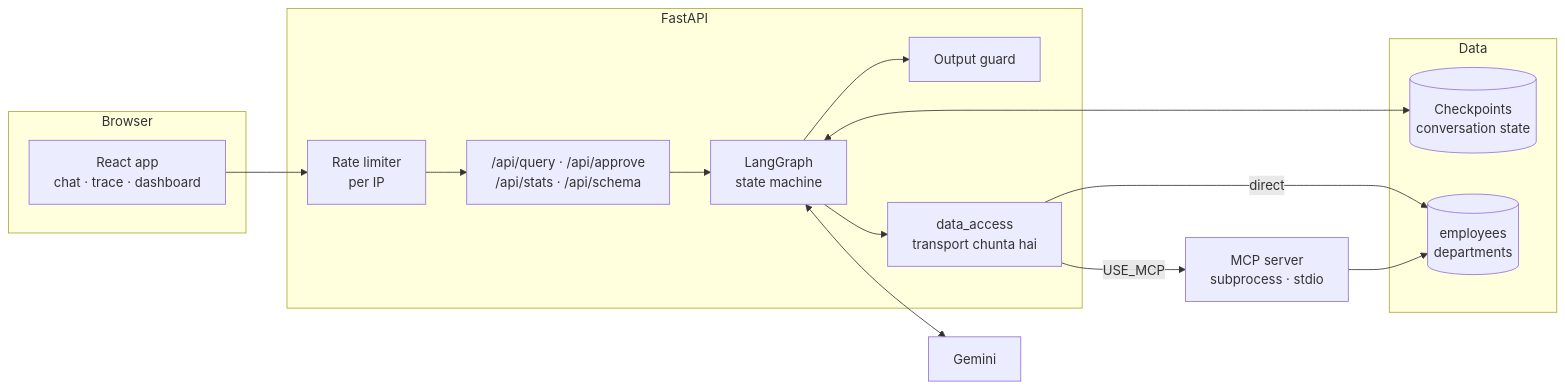
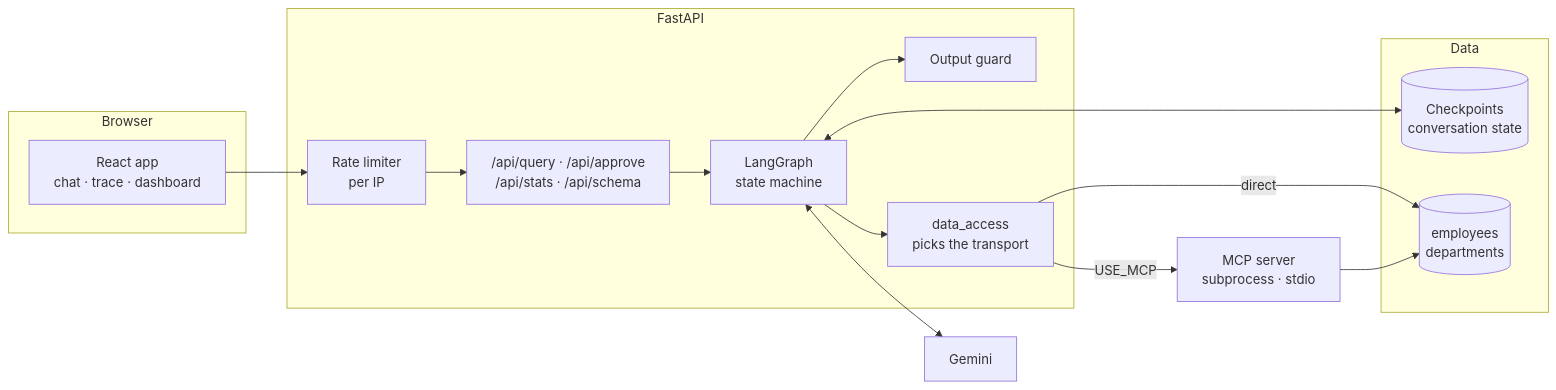
One commit to Nitishjha7/self-healing-sql-agent changed the second of 2 diagrams in docs/PROJECT_WALKTHROUGH.md. Above: the diagram before and after it, drawn with Mermaid. The commit also changed other lines of this file and 13 other files, not shown here.

````diff
--- a/docs/PROJECT_WALKTHROUGH.md
+++ b/docs/PROJECT_WALKTHROUGH.md
@@ -345,30 +348,30 @@
 ```mermaid
 flowchart LR
     subgraph Browser
         UI[React app<br/>chat · trace · dashboard]
     end
 
     subgraph Server["FastAPI"]
         RL[Rate limiter<br/>per IP]
         API["/api/query · /api/approve<br/>/api/stats · /api/schema"]
         G[LangGraph<br/>state machine]
         V[Output guard]
-        DA[data_access<br/>transport chunta hai]
+        DA[data_access<br/>picks the transport]
     end
 
     subgraph Data
         CP[(Checkpoints<br/>conversation state)]
         DB[(employees<br/>departments)]
     end
 
     MCP[MCP server<br/>subprocess · stdio]
     LLM[Gemini]
 
     UI --> RL --> API --> G
     G <--> LLM
     G --> V
     G <--> CP
     G --> DA
     DA -->|direct| DB
     DA -->|USE_MCP| MCP --> DB
 ```
````
